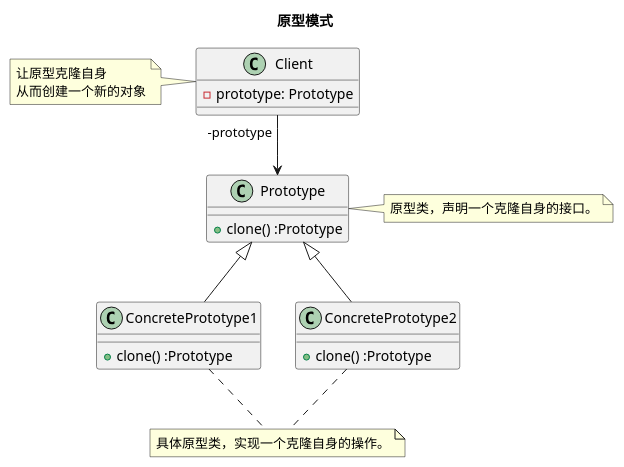
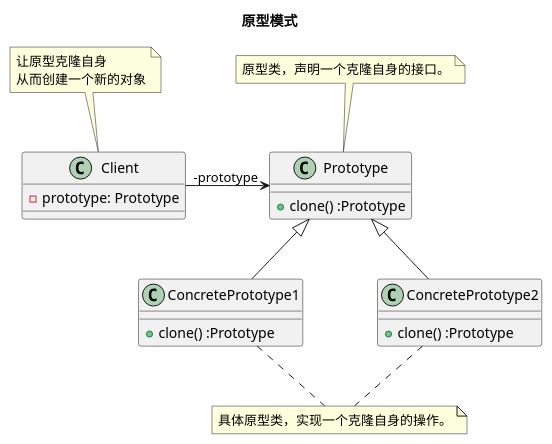
Before and after one commit to diguage/deep-in-design-patterns: the diagram in puml/prototype.puml, drawn with PlantUML. The commit also changed 9 other files, not shown here.

```diff
--- a/puml/prototype.puml
+++ b/puml/prototype.puml
@@ -1,32 +1,34 @@
 @startuml
+skinparam nodesep 75
+'skinparam ranksep 60
 
 title <b>原型模式</b>
 
 class Client {
   - prototype: Prototype
 }
-note left: 让原型克隆自身\n从而创建一个新的对象
+note top: 让原型克隆自身\n从而创建一个新的对象
 
 class Prototype {
   + clone() :Prototype
 }
-note right: 原型类，声明一个克隆自身的接口。
+note top: 原型类，声明一个克隆自身的接口。
 
 class ConcretePrototype1 {
   + clone() :Prototype
 }
 
 class ConcretePrototype2 {
   + clone() :Prototype
 }
 
-Client "-prototype" --> Prototype
+Client "-prototype" -right-> Prototype
 
 Prototype <|-- ConcretePrototype1
 Prototype <|-- ConcretePrototype2
 
 note "具体原型类，实现一个克隆自身的操作。" as cpn
 ConcretePrototype1 .. cpn
 ConcretePrototype2 .. cpn
 
 @enduml
```
